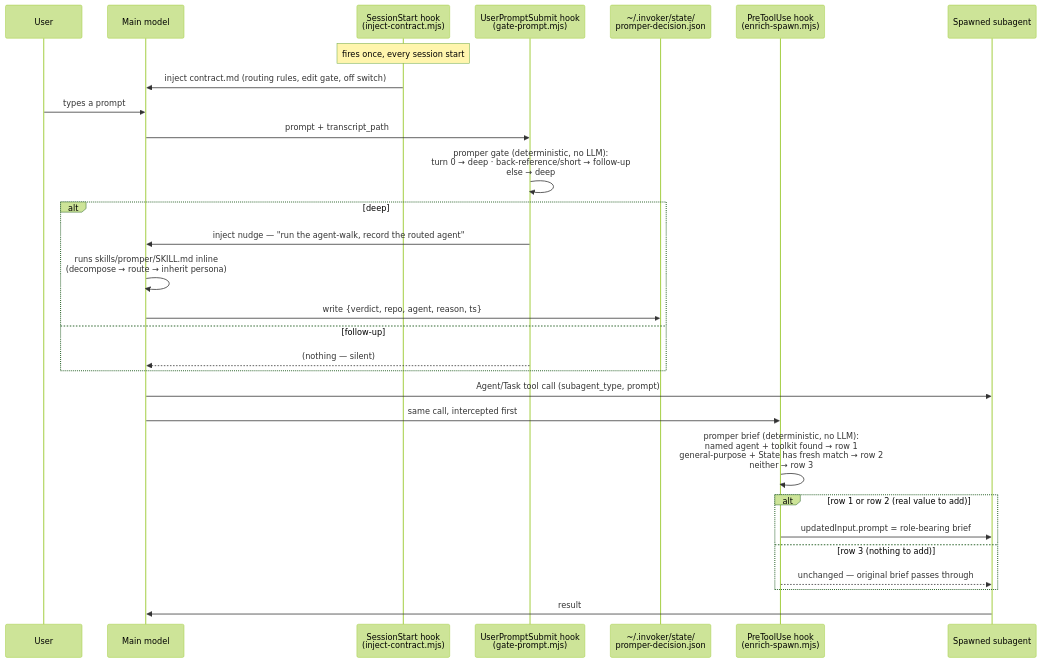
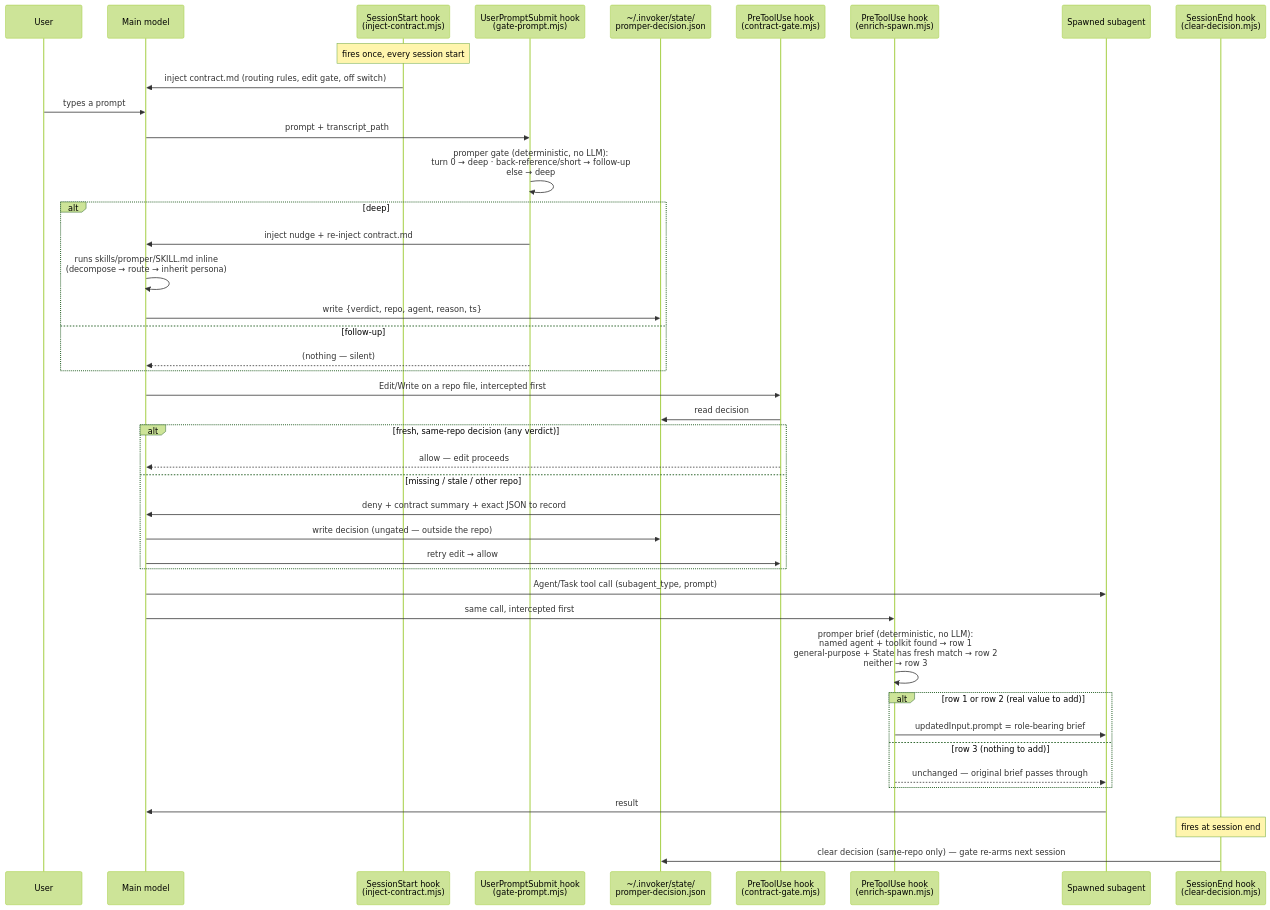
Before and after one commit to justjammin/promper: the diagram in docs/plugin-flow.md, drawn with Mermaid (forest theme). The commit also changed other lines of this file and 11 other files, not shown here.

First line of the commit message:
Enforce the orchestration contract with a PreToolUse edit gate

````diff
--- a/docs/plugin-flow.md
+++ b/docs/plugin-flow.md
@@ -22,34 +22,49 @@
 ```mermaid
 sequenceDiagram
     participant User
     participant Claude as Main model
     participant SS as SessionStart hook<br/>(inject-contract.mjs)
     participant UPS as UserPromptSubmit hook<br/>(gate-prompt.mjs)
     participant State as ~/.invoker/state/<br/>promper-decision.json
+    participant Gate as PreToolUse hook<br/>(contract-gate.mjs)
     participant PTU as PreToolUse hook<br/>(enrich-spawn.mjs)
     participant Sub as Spawned subagent
+    participant SE as SessionEnd hook<br/>(clear-decision.mjs)
 
     Note over SS: fires once, every session start
     SS->>Claude: inject contract.md (routing rules, edit gate, off switch)
 
     User->>Claude: types a prompt
     Claude->>UPS: prompt + transcript_path
     UPS->>UPS: promper gate (deterministic, no LLM):<br/>turn 0 → deep · back-reference/short → follow-up<br/>else → deep
     alt deep
-        UPS->>Claude: inject nudge — "run the agent-walk, record the routed agent"
+        UPS->>Claude: inject nudge + re-inject contract.md
         Claude->>Claude: runs skills/promper/SKILL.md inline<br/>(decompose → route → inherit persona)
         Claude->>State: write {verdict, repo, agent, reason, ts}
     else follow-up
         UPS-->>Claude: (nothing — silent)
+    end
+
+    Claude->>Gate: Edit/Write on a repo file, intercepted first
+    Gate->>State: read decision
+    alt fresh, same-repo decision (any verdict)
+        Gate-->>Claude: allow — edit proceeds
+    else missing / stale / other repo
+        Gate->>Claude: deny + contract summary + exact JSON to record
+        Claude->>State: write decision (ungated — outside the repo)
+        Claude->>Gate: retry edit → allow
     end
 
     Claude->>Sub: Agent/Task tool call (subagent_type, prompt)
     Claude->>PTU: same call, intercepted first
     PTU->>PTU: promper brief (deterministic, no LLM):<br/>named agent + toolkit found → row 1<br/>general-purpose + State has fresh match → row 2<br/>neither → row 3
     alt row 1 or row 2 (real value to add)
         PTU->>Sub: updatedInput.prompt = role-bearing brief
     else row 3 (nothing to add)
         PTU-->>Sub: unchanged — original brief passes through
     end
     Sub->>Claude: result
+
+    Note over SE: fires at session end
+    SE->>State: clear decision (same-repo only) — gate re-arms next session
 ```
````
